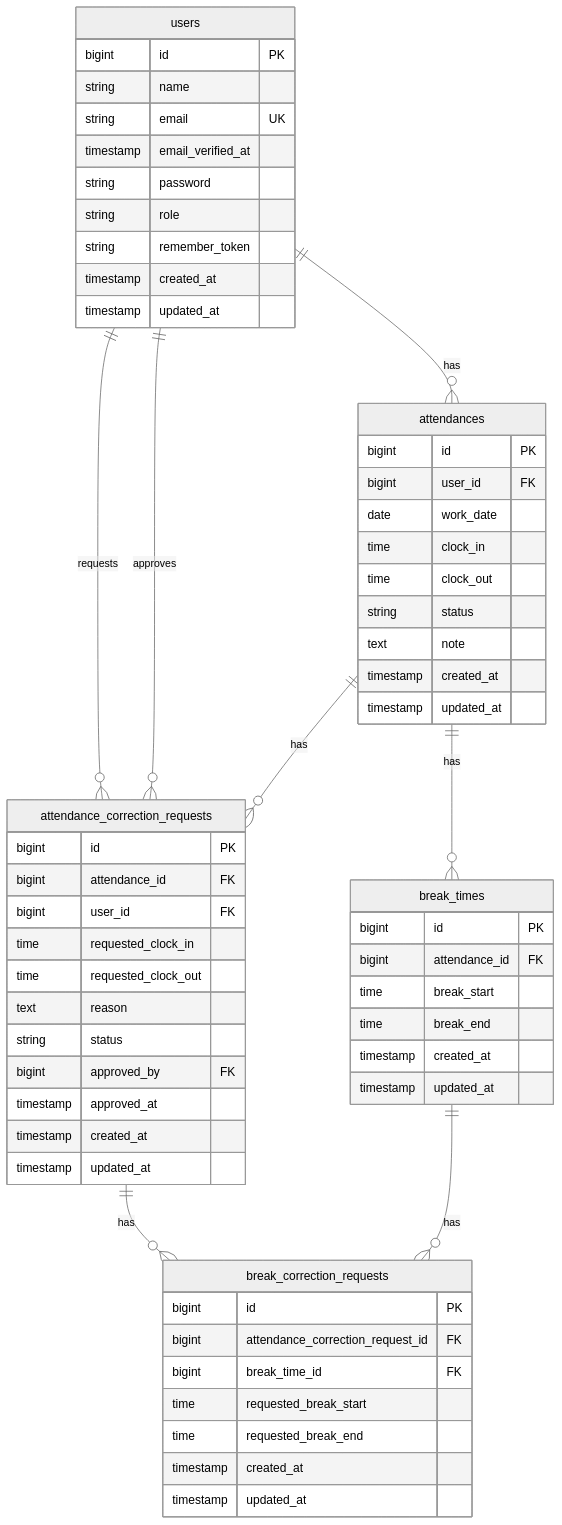
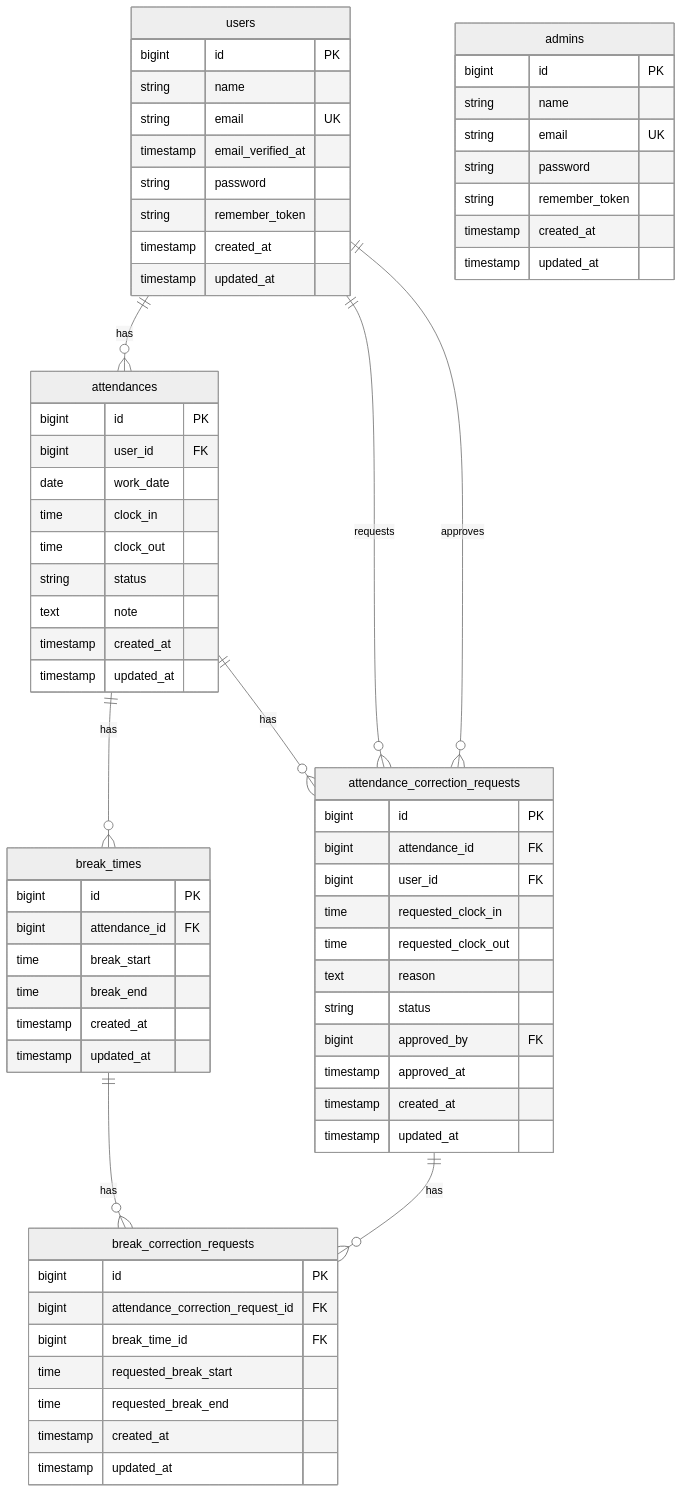
Before and after one commit to kajihata-rumi/coachtech-attendance: the diagram in README.md, drawn with Mermaid (neutral theme). The commit also changed other lines of this file, not shown here.

Commit message:
Update README ER diagram

````diff
--- a/README.md
+++ b/README.md
@@ -170,67 +168,76 @@
 ```mermaid
 erDiagram
-    users ||--o{ attendances : has
-    attendances ||--o{ break_times : has
-    users ||--o{ attendance_correction_requests : requests
-    users ||--o{ attendance_correction_requests : approves
-    attendances ||--o{ attendance_correction_requests : has
-    attendance_correction_requests ||--o{ break_correction_requests : has
-    break_times ||--o{ break_correction_requests : has
-
     users {
         bigint id PK
         string name
         string email UK
         timestamp email_verified_at
         string password
-        string role
+        string remember_token
+        timestamp created_at
+        timestamp updated_at
+    }
+
+    admins {
+        bigint id PK
+        string name
+        string email UK
+        string password
         string remember_token
         timestamp created_at
         timestamp updated_at
     }
 
     attendances {
         bigint id PK
         bigint user_id FK
         date work_date
         time clock_in
         time clock_out
         string status
         text note
         timestamp created_at
         timestamp updated_at
     }
 
     break_times {
         bigint id PK
         bigint attendance_id FK
         time break_start
         time break_end
         timestamp created_at
         timestamp updated_at
     }
 
     attendance_correction_requests {
         bigint id PK
         bigint attendance_id FK
         bigint user_id FK
         time requested_clock_in
         time requested_clock_out
         text reason
         string status
         bigint approved_by FK
         timestamp approved_at
         timestamp created_at
         timestamp updated_at
     }
 
     break_correction_requests {
         bigint id PK
         bigint attendance_correction_request_id FK
         bigint break_time_id FK
         time requested_break_start
         time requested_break_end
         timestamp created_at
         timestamp updated_at
     }
+
+    users ||--o{ attendances : "has"
+    attendances ||--o{ break_times : "has"
+    attendances ||--o{ attendance_correction_requests : "has"
+    users ||--o{ attendance_correction_requests : "requests"
+    users ||--o{ attendance_correction_requests : "approves"
+    attendance_correction_requests ||--o{ break_correction_requests : "has"
+    break_times ||--o{ break_correction_requests : "has"
 ```
````
